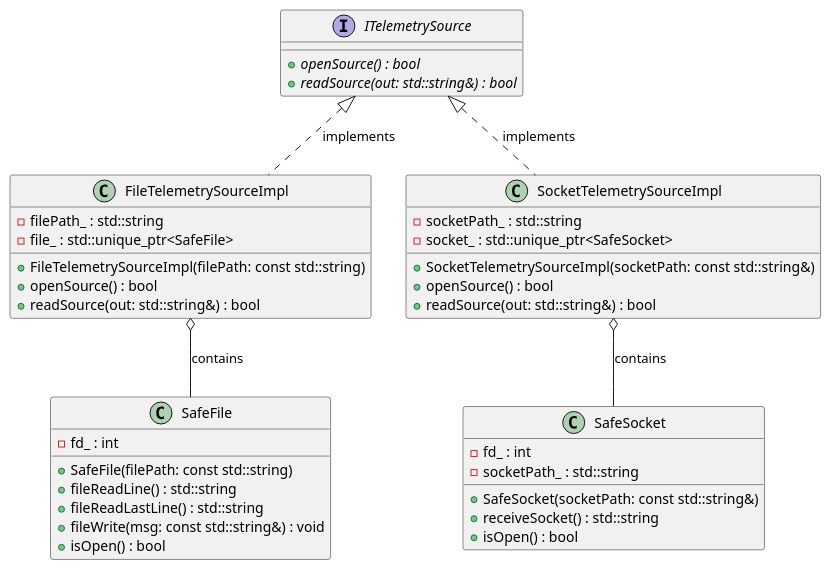
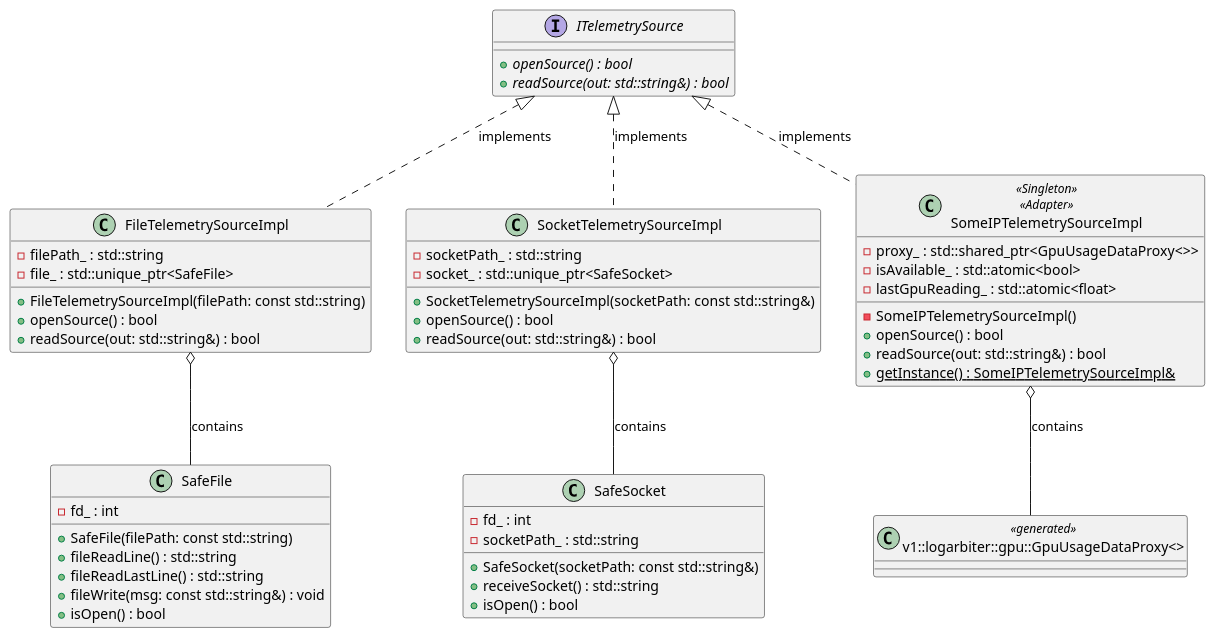
Before and after one commit to YouhanaBeshay/LogArbiter: the diagram in diagrams/Sources_ClassDiagram.puml, drawn with PlantUML. The commit also changed 8 other files, not shown here.

```diff
--- a/diagrams/Sources_ClassDiagram.puml
+++ b/diagrams/Sources_ClassDiagram.puml
@@ -1,52 +1,69 @@
 @startuml Sources_ClassDiagram
 
 ' interfaces
 interface ITelemetrySource {
     +{abstract} openSource() : bool
     +{abstract} readSource(out: std::string&) : bool
 }
 
 ' rule of 5 classes
 class SafeFile {
     -fd_ : int
     +SafeFile(filePath: const std::string)
     +fileReadLine() : std::string
     +fileReadLastLine() : std::string
     +fileWrite(msg: const std::string&) : void
     +isOpen() : bool
 }
 
 class SafeSocket {
     -fd_ : int
     -socketPath_ : std::string
     +SafeSocket(socketPath: const std::string&)
     +receiveSocket() : std::string
     +isOpen() : bool
-
 }
 
 ' Implementations (RAII Classes)
 class FileTelemetrySourceImpl {
     -filePath_ : std::string
     -file_ : std::unique_ptr<SafeFile>
     +FileTelemetrySourceImpl(filePath: const std::string)
     +openSource() : bool
     +readSource(out: std::string&) : bool
 }
 
 class SocketTelemetrySourceImpl {
     -socketPath_ : std::string
     -socket_ : std::unique_ptr<SafeSocket>
     +SocketTelemetrySourceImpl(socketPath: const std::string&)
     +openSource() : bool
     +readSource(out: std::string&) : bool
 }
 
+' Singleton + Adapter Implementation
+class SomeIPTelemetrySourceImpl <<Singleton>> <<Adapter>> {
+    -proxy_ : std::shared_ptr<GpuUsageDataProxy<>>
+    -isAvailable_ : std::atomic<bool>
+    -lastGpuReading_ : std::atomic<float>
+    -SomeIPTelemetrySourceImpl()
+    +openSource() : bool
+    +readSource(out: std::string&) : bool
+    +{static} getInstance() : SomeIPTelemetrySourceImpl&
+
+}
+
+' External Proxy class
+class "v1::logarbiter::gpu::GpuUsageDataProxy<>" as GpuUsageDataProxy <<generated>> {
+}
+
 ' Relationships
 ITelemetrySource <|.. FileTelemetrySourceImpl : implements
 ITelemetrySource <|.. SocketTelemetrySourceImpl : implements
+ITelemetrySource <|.. SomeIPTelemetrySourceImpl : implements
 
 FileTelemetrySourceImpl o-- SafeFile : contains
 SocketTelemetrySourceImpl o-- SafeSocket : contains
+SomeIPTelemetrySourceImpl o-- GpuUsageDataProxy : contains
 
 @enduml
```
